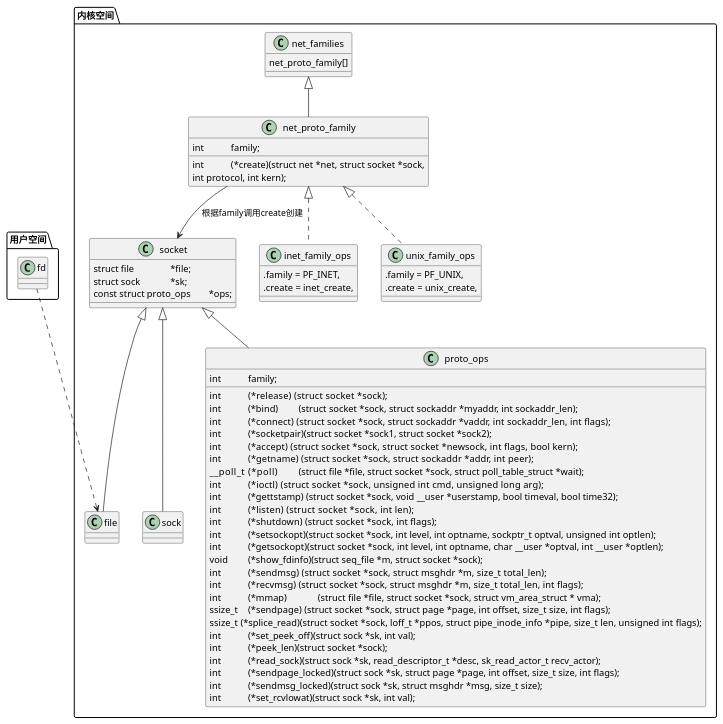
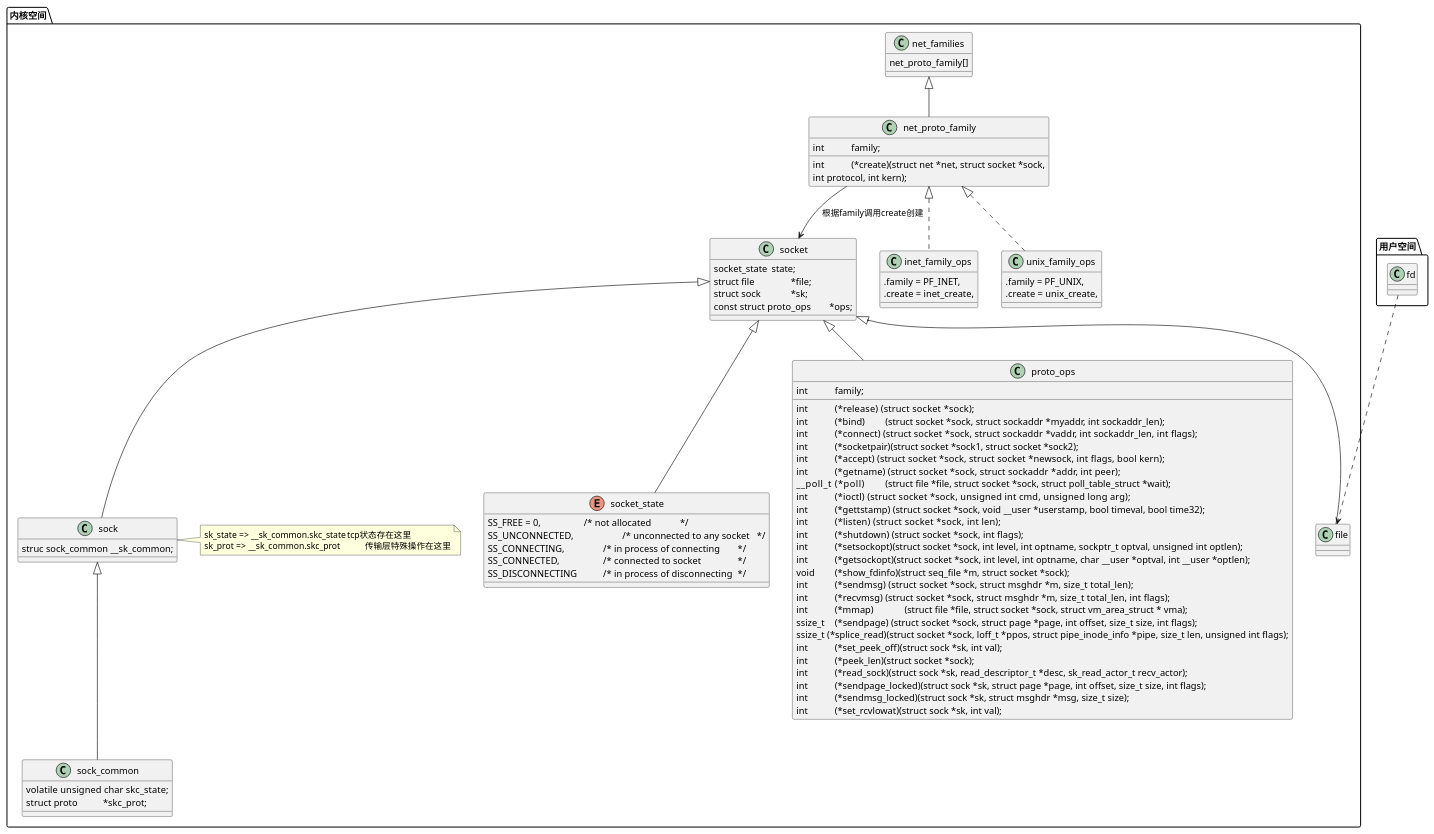
The first of 2 diagrams in content/docs/linux-kernel/net/socket/socket.md (Githubwyb/md-books), drawn with PlantUML before and after one commit. The commit also changed other lines of this file and 4 other files, not shown here.

```diff
--- a/content/docs/linux-kernel/net/socket/socket.md
+++ b/content/docs/linux-kernel/net/socket/socket.md
@@ -16,15 +16,32 @@
 
 namespace 内核空间 {
     class socket {
+		socket_state	state;
         struct file		*file;
         struct sock		*sk;
         const struct proto_ops	*ops;
     }
+	enum socket_state {
+		SS_FREE = 0,			/* not allocated		*/
+		SS_UNCONNECTED,			/* unconnected to any socket	*/
+		SS_CONNECTING,			/* in process of connecting	*/
+		SS_CONNECTED,			/* connected to socket		*/
+		SS_DISCONNECTING		/* in process of disconnecting	*/
+	}
 
     class file {}
     class sock {
-
+		struc sock_common __sk_common;
     }
+    class sock_common {
+		volatile unsigned char  skc_state;
+        struct proto		*skc_prot;
+    }
+note right of sock
+sk_state => __sk_common.skc_state	tcp状态存在这里
+sk_prot => __sk_common.skc_prot		传输层特殊操作在这里
+end note
+    sock <|-- sock_common
     class proto_ops {
 		int		family;
 		int		(*release)   (struct socket *sock);
@@ -57,6 +74,7 @@
     socket <|-- file
     socket <|-- sock
     socket <|-- proto_ops
+    socket <|-- socket_state
 
     class net_families {
         net_proto_family[]
```
